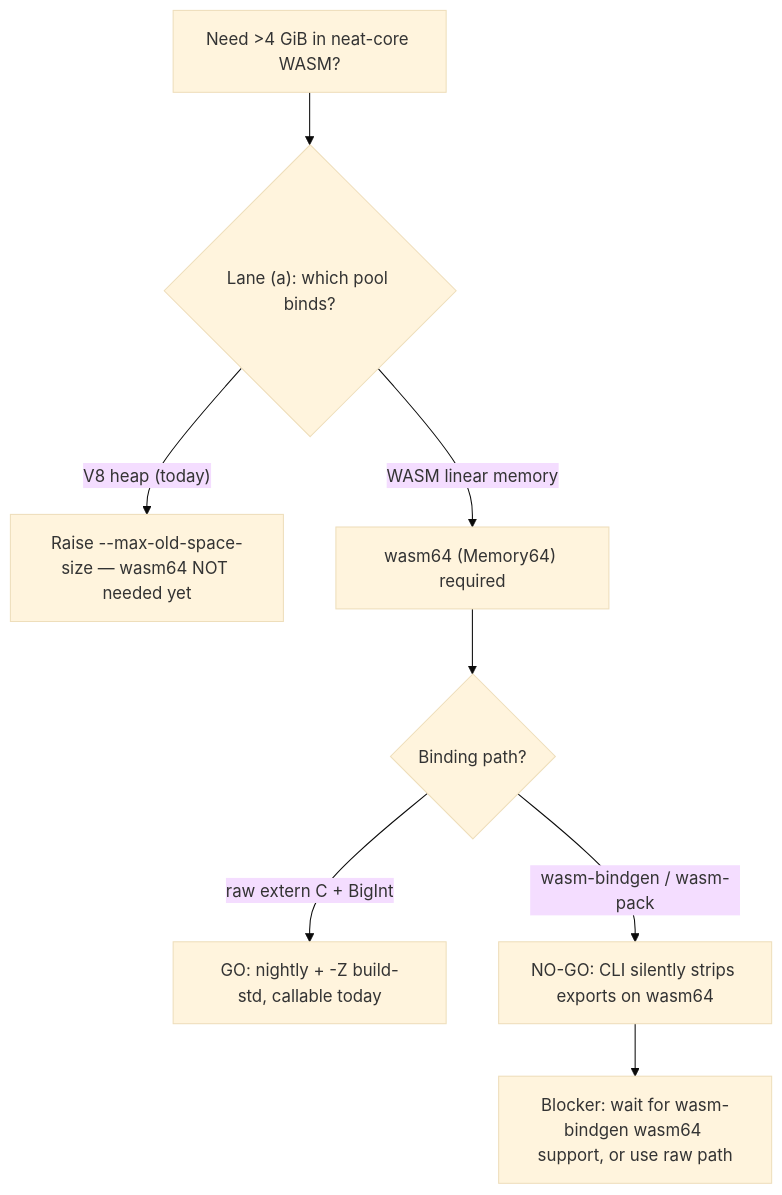
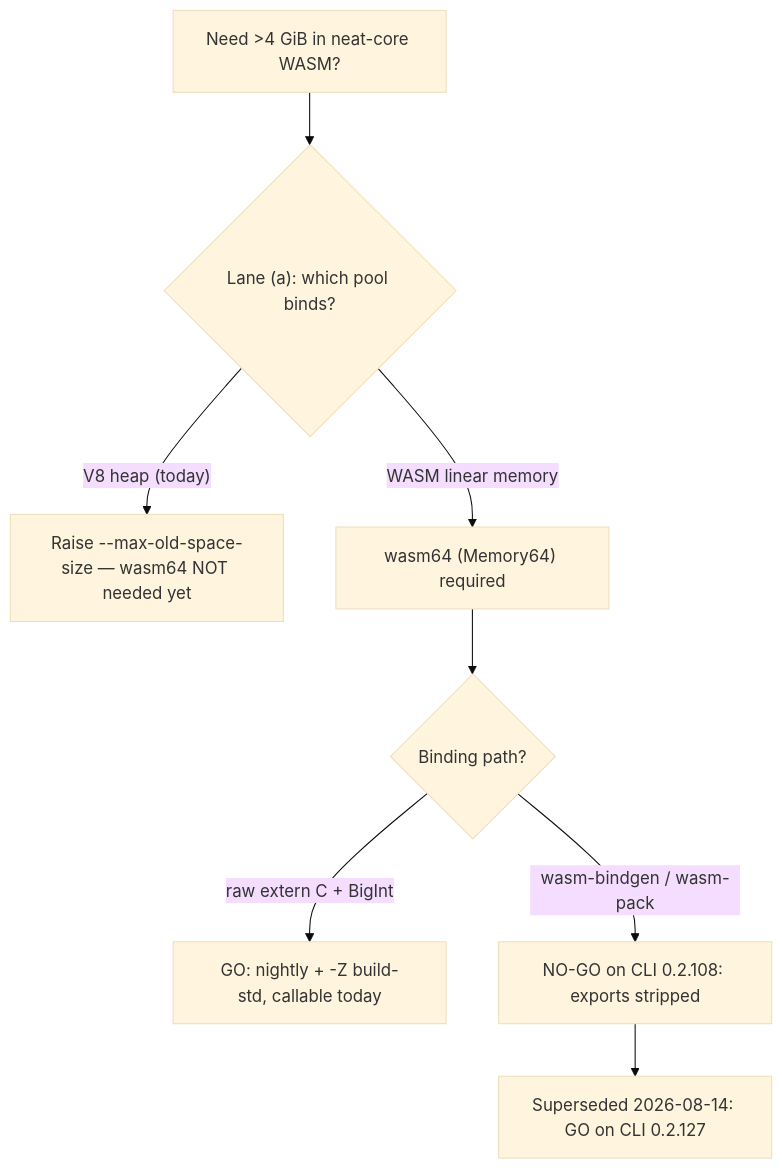
The first of 2 diagrams in docs/research/wasm64-lane-b-build-lane-feasibility.md (stSoftwareAU/NEAT-AI-core), drawn with Mermaid (base theme) before and after one commit. The commit also changed other lines of this file and 3 other files, not shown here.

First line of the commit message:
Document the wasm64 dual-ship and re-measure the wasm-bindgen NO-GO (Issue #541)

````diff
--- a/docs/research/wasm64-lane-b-build-lane-feasibility.md
+++ b/docs/research/wasm64-lane-b-build-lane-feasibility.md
@@ -157,10 +166,10 @@
 ```mermaid
 flowchart TD
     A["Need >4 GiB in neat-core WASM?"] --> B{"Lane (a): which pool binds?"}
     B -- "V8 heap (today)" --> C["Raise --max-old-space-size — wasm64 NOT needed yet"]
     B -- "WASM linear memory" --> D["wasm64 (Memory64) required"]
     D --> E{"Binding path?"}
     E -- "raw extern C + BigInt" --> F["GO: nightly + -Z build-std, callable today"]
-    E -- "wasm-bindgen / wasm-pack" --> G["NO-GO: CLI silently strips exports on wasm64"]
-    G --> H["Blocker: wait for wasm-bindgen wasm64 support, or use raw path"]
+    E -- "wasm-bindgen / wasm-pack" --> G["NO-GO on CLI 0.2.108: exports stripped"]
+    G --> H["Superseded 2026-08-14: GO on CLI 0.2.127"]
 ```
````
